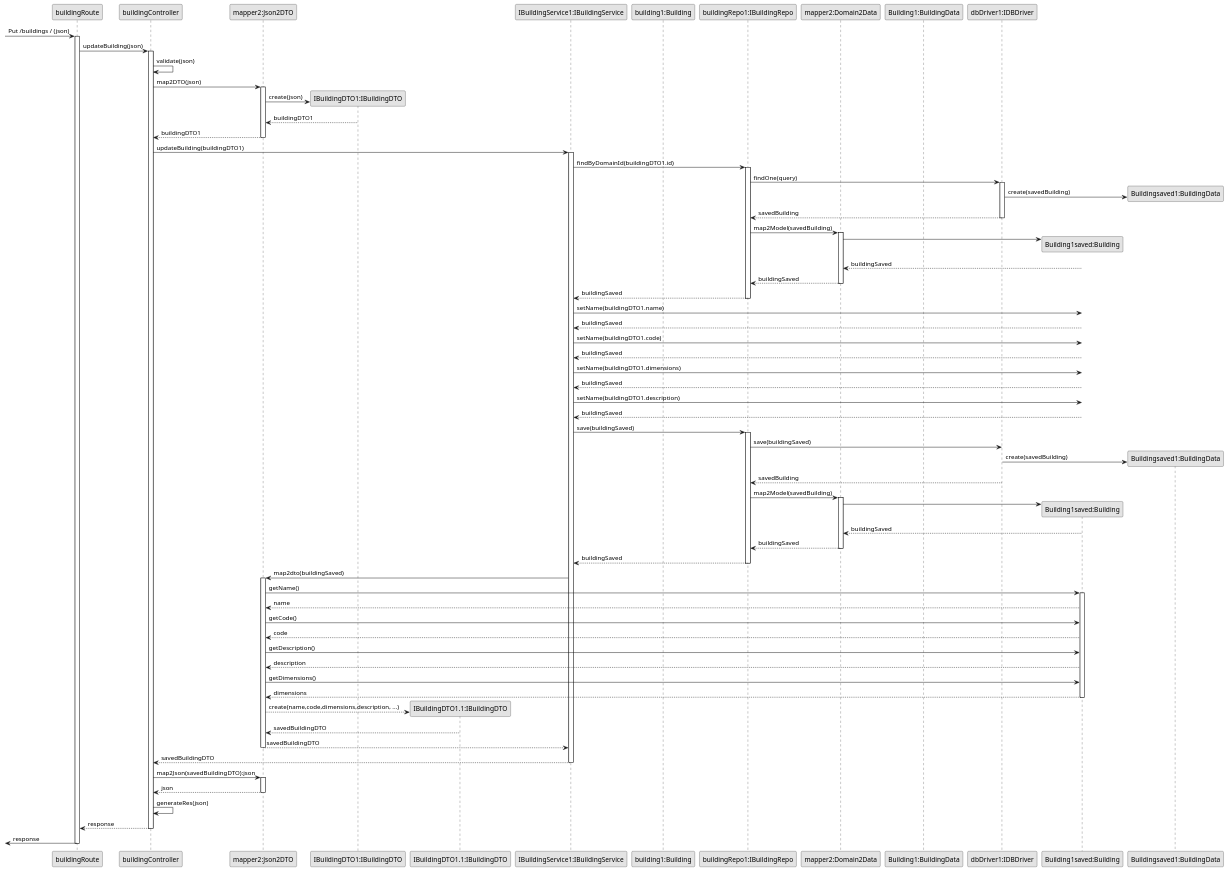
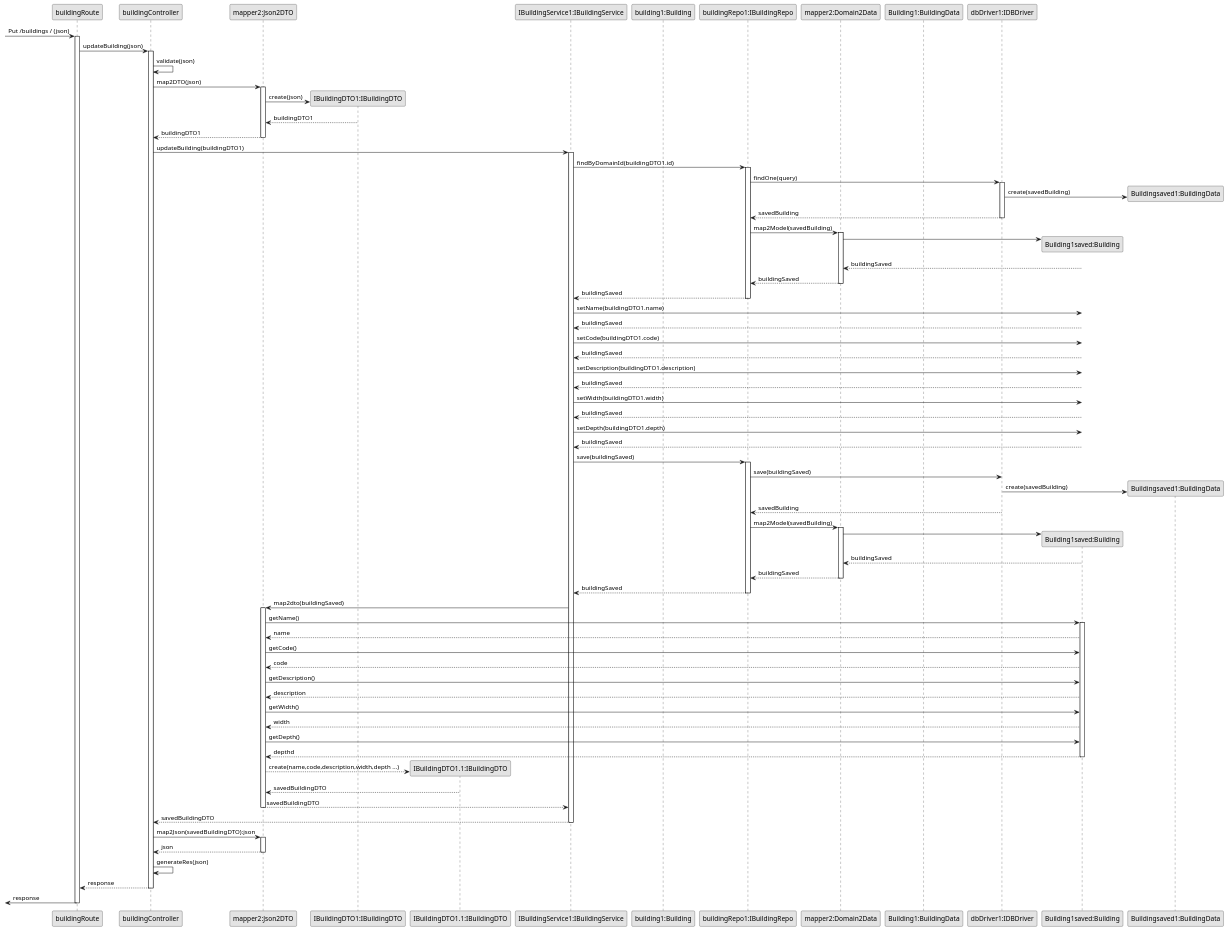
One commit to 1201293/sem5pi-23-24-68 changed the diagram in docs/us160/sequence-diagram-put-building.puml. Above: the diagram before and after it, drawn with PlantUML. The commit also changed 9 other files, not shown here.

```diff
--- a/docs/us160/sequence-diagram-put-building.puml
+++ b/docs/us160/sequence-diagram-put-building.puml
@@ -1,105 +1,109 @@
 @startuml sequence-diagram-put-building
 'http://plantuml.com/skinparam.html
 skinparam monochrome true
 skinparam packageStyle rect
 skinparam shadowing false
 
 
 participant buildingRoute  as route
 participant buildingController as controller
 participant "mapper2:Json2DTO" as jsonMapper
 participant "IBuildingDTO1:IBuildingDTO" as dto1
 participant "IBuildingDTO1.1:IBuildingDTO" as dto2
 participant "IBuildingService1:IBuildingService" as service
 participant "building1:Building" as domain
 participant "buildingRepo1:IBuildingRepo" as repository
 participant "mapper2:Domain2Data" as mapper1
 participant "Building1:BuildingData" as data
 participant "dbDriver1:IDBDriver" as db
 participant "Building1saved:Building" as savedDomain
 participant "Buildingsaved1:BuildingData" as savedData
 
 
 
 -> route: Put /buildings / (json)
 activate route
   route->controller: updateBuilding(json)
   activate controller
     controller -> controller:validate(json)
     controller -> jsonMapper:map2DTO(json)
     activate jsonMapper
     jsonMapper -> dto1**:create(json)
     dto1-->jsonMapper:buildingDTO1
     jsonMapper --> controller:buildingDTO1
     deactivate
     controller ->service:updateBuilding(buildingDTO1)
     activate service
     service->repository:findByDomainId(buildingDTO1.id)
     activate repository
     repository -> db:findOne(query)
     activate db
     db -> savedData**:create(savedBuilding)
     db --> repository:savedBuilding
     deactivate
     repository->mapper1:map2Model(savedBuilding)
     activate mapper1
     mapper1 -> savedDomain**
     savedDomain --> mapper1:buildingSaved
     mapper1 --> repository:buildingSaved
     deactivate
     repository --> service:buildingSaved
     deactivate
     service -> savedDomain:setName(buildingDTO1.name)
     savedDomain --> service:buildingSaved
-    service -> savedDomain:setName(buildingDTO1.code)
+    service -> savedDomain:setCode(buildingDTO1.code)
     savedDomain --> service:buildingSaved
-    service -> savedDomain:setName(buildingDTO1.dimensions)
+    service -> savedDomain:setDescription(buildingDTO1.description)
     savedDomain --> service:buildingSaved
-    service -> savedDomain:setName(buildingDTO1.description)
+    service -> savedDomain:setWidth(buildingDTO1.width)
+    savedDomain --> service:buildingSaved
+    service -> savedDomain:setDepth(buildingDTO1.depth)
     savedDomain --> service:buildingSaved
     service -> repository:save(buildingSaved)
     activate repository
     repository -> db:save(buildingSaved)
     db -> savedData**:create(savedBuilding)
     db --> repository:savedBuilding
     repository->mapper1:map2Model(savedBuilding)
     activate mapper1
     mapper1 -> savedDomain**
     savedDomain --> mapper1:buildingSaved
     mapper1 --> repository:buildingSaved
     deactivate
     repository --> service:buildingSaved
     deactivate
     service -> jsonMapper: map2dto(buildingSaved)
     activate jsonMapper
     jsonMapper -> savedDomain: getName()
     activate savedDomain
     savedDomain --> jsonMapper:name
     jsonMapper -> savedDomain: getCode()
     savedDomain --> jsonMapper:code
     jsonMapper -> savedDomain: getDescription()
     savedDomain --> jsonMapper:description
-    jsonMapper -> savedDomain: getDimensions()
-    savedDomain --> jsonMapper:dimensions
+    jsonMapper -> savedDomain: getWidth()
+    savedDomain --> jsonMapper:width
+    jsonMapper -> savedDomain: getDepth()
+    savedDomain --> jsonMapper:depthd
     deactivate
-    jsonMapper --> dto2**:create(name,code,dimensions,description, ...)
+    jsonMapper --> dto2**:create(name,code,description,width,depth ...)
     dto2 --> jsonMapper:savedBuildingDTO
     jsonMapper --> service: savedBuildingDTO
     deactivate
     service --> controller:savedBuildingDTO
     deactivate
     controller -> jsonMapper:map2Json(savedBuildingDTO):json
     activate jsonMapper
     jsonMapper --> controller:json
     deactivate
     controller->controller:generateRes(json)
     controller--> route:response
     deactivate
     <- route:response
     deactivate
 
 
 
 
 
 @enduml
```
